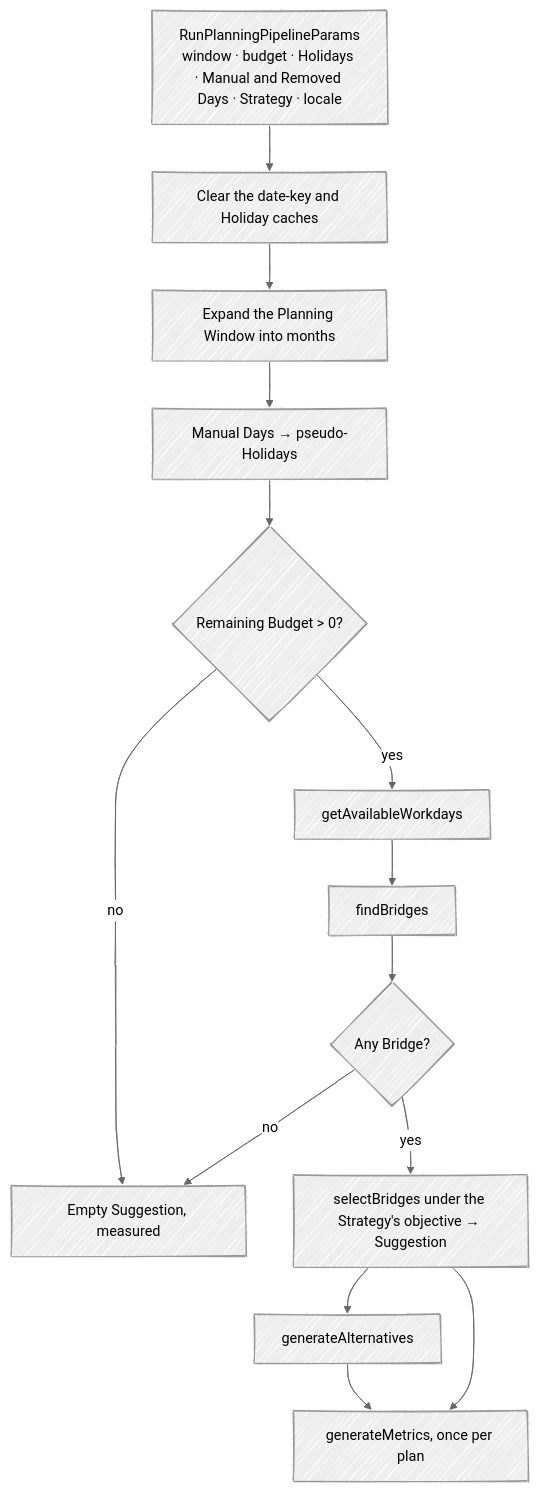
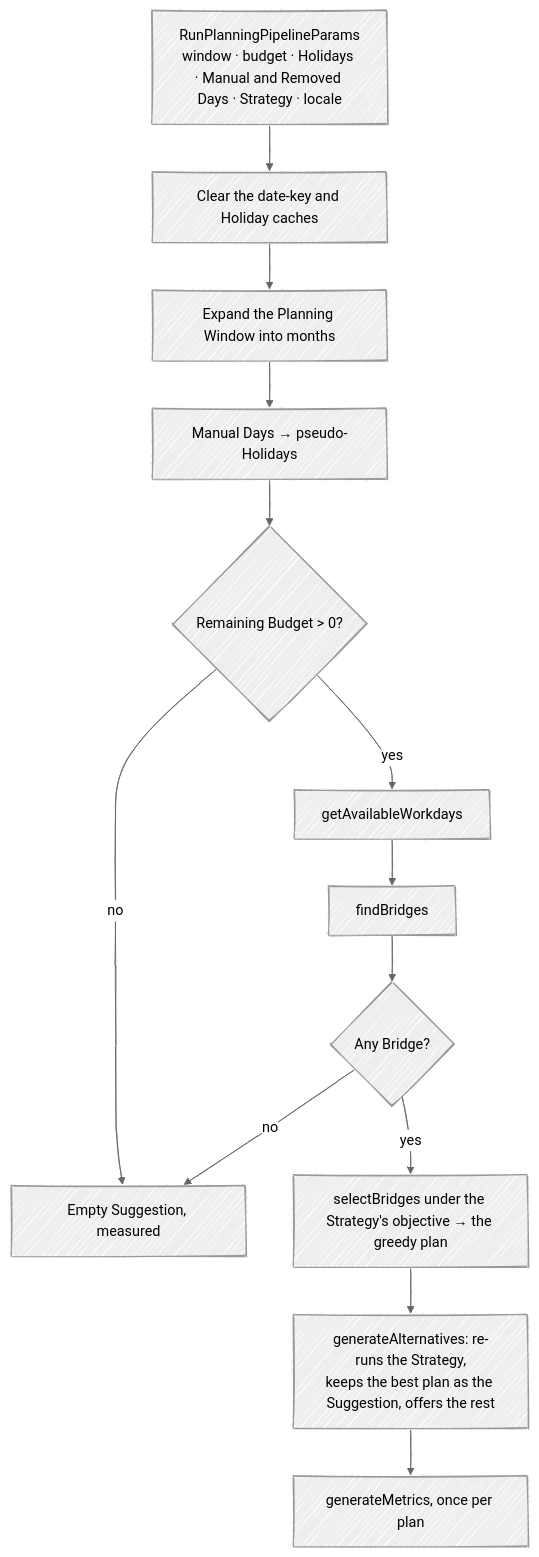
One commit to fbuireu/forever-pto changed the first of 4 diagrams in apps/docs/src/content/docs/how-it-works/planning-algorithm.mdx. Above: the diagram before and after it, drawn with Mermaid (neutral theme). The commit also changed other lines of this file and 21 other files, not shown here.

````diff
--- a/apps/docs/src/content/docs/how-it-works/planning-algorithm.mdx
+++ b/apps/docs/src/content/docs/how-it-works/planning-algorithm.mdx
@@ -13,26 +13,25 @@
 ```mermaid
 ---
 config:
   look: handDrawn
   layout: dagre
 ---
 flowchart TD
   IN[RunPlanningPipelineParams<br/>window · budget · Holidays · Manual and Removed Days · Strategy · locale]
   CLR[Clear the date-key and Holiday caches]
   WIN[Expand the Planning Window into months]
   PSEUDO[Manual Days → pseudo-Holidays]
   BUD{Remaining Budget > 0?}
   WD[getAvailableWorkdays]
   BR[findBridges]
   ANY{Any Bridge?}
-  SEL[selectBridges under the Strategy's objective → Suggestion]
-  ALT[generateAlternatives]
+  SEL[selectBridges under the Strategy's objective → the greedy plan]
+  ALT["generateAlternatives: re-runs the Strategy,<br/>keeps the best plan as the Suggestion, offers the rest"]
   MET[generateMetrics, once per plan]
   EMPTY[Empty Suggestion, measured]
   IN --> CLR --> WIN --> PSEUDO --> BUD
   BUD -- no --> EMPTY
   BUD -- yes --> WD --> BR --> ANY
   ANY -- no --> EMPTY
   ANY -- yes --> SEL --> ALT --> MET
-  SEL --> MET
 ```
````
